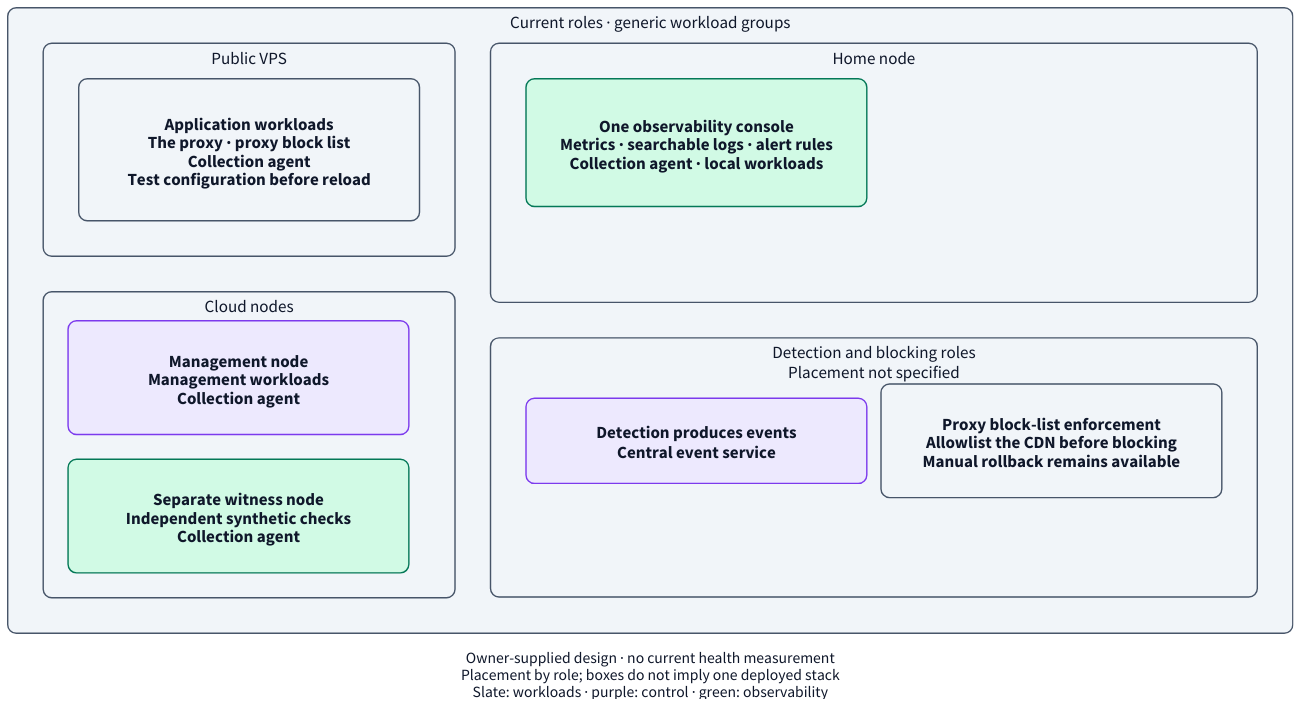
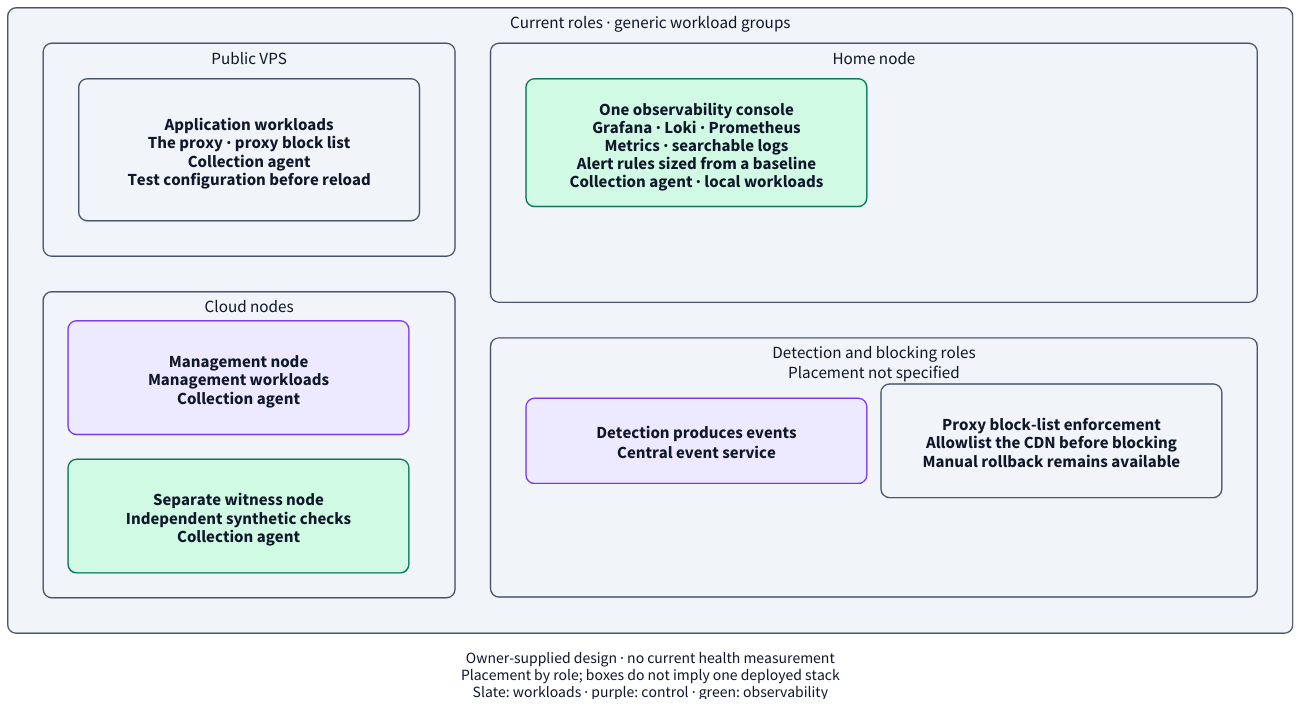
One commit to matteo-genovese/mg-lab changed the diagram in diagrams/src/services-workloads.d2. Above: the diagram before and after it, drawn with D2. The commit also changed 9 other files, not shown here.

First line of the commit message:
Name the observability console components and retire the initial-threshold claims

```diff
--- a/diagrams/src/services-workloads.d2
+++ b/diagrams/src/services-workloads.d2
@@ -1,49 +1,49 @@
 direction: right
 vars: {d2-config: {layout-engine: elk; theme-id: 0}}
 **.style.font-size: 24
 **.style.font-color: "#0f172a"
 **.style.border-radius: 12
 classes: {
   default: {style: {fill: "#f1f5f9"; stroke: "#475569"; font-color: "#0f172a"; font-size: 24; border-radius: 12}}
   control: {style.fill: "#ede9fe"; style.stroke: "#7c3aed"}
   monitor: {style.fill: "#d1fae5"; style.stroke: "#047857"}
   overlay: {style.fill: "#ccfbf1"; style.stroke: "#0f766e"}
   caveat: {style.fill: "#fef3c7"; style.stroke: "#b45309"}
   planned: {style.fill: "#fef3c7"; style.stroke: "#b45309"; style.stroke-dash: 6}
   public: {style.stroke: "#047857"; style.stroke-width: 3; style.font-size: 24; style.font-color: "#0f172a"}
   private: {style.stroke: "#0f766e"; style.stroke-width: 3; style.stroke-dash: 6; style.font-size: 24; style.font-color: "#0f172a"}
   flow: {style.stroke: "#475569"; style.stroke-width: 2; style.font-size: 24; style.font-color: "#0f172a"}
   uncertain: {style.stroke: "#b45309"; style.stroke-dash: 6; style.font-size: 24; style.font-color: "#0f172a"}
 }
 estate: "Current roles · generic workload groups" {
   class: default
   grid-columns: 2
   grid-gap: 50
   public_host: "Public VPS" {
     class: default
     stack: "Application workloads\nThe proxy · proxy block list\nCollection agent\nTest configuration before reload" {class: default; width: 480; height: 200}
   }
   cloud: "Cloud nodes" {
     class: default
     grid-rows: 2
     grid-gap: 35
     mgmt: "Management node\nManagement workloads\nCollection agent" {class: control; width: 480; height: 160}
     mon: "Separate witness node\nIndependent synthetic checks\nCollection agent" {class: monitor; width: 480; height: 160}
   }
   home: "Home node" {
     class: default
-    stack: "One observability console\nMetrics · searchable logs · alert rules\nCollection agent · local workloads" {class: monitor; width: 480; height: 180}
+    stack: "One observability console\nGrafana · Loki · Prometheus\nMetrics · searchable logs\nAlert rules sized from a baseline\nCollection agent · local workloads" {class: monitor; width: 480; height: 180}
   }
   edge: "Detection and blocking roles\nPlacement not specified" {
     class: default
     detection: "Detection produces events\nCentral event service" {class: control; width: 480; height: 120}
     blocking: "Proxy block-list enforcement\nAllowlist the CDN before blocking\nManual rollback remains available" {class: default; width: 480; height: 160}
   }
 }
 
 legend: "Owner-supplied design · no current health measurement\nPlacement by role; boxes do not imply one deployed stack\nSlate: workloads · purple: control · green: observability" {
   shape: text
   near: bottom-center
   style.font-size: 22
   style.font-color: "#0f172a"
 }
```
